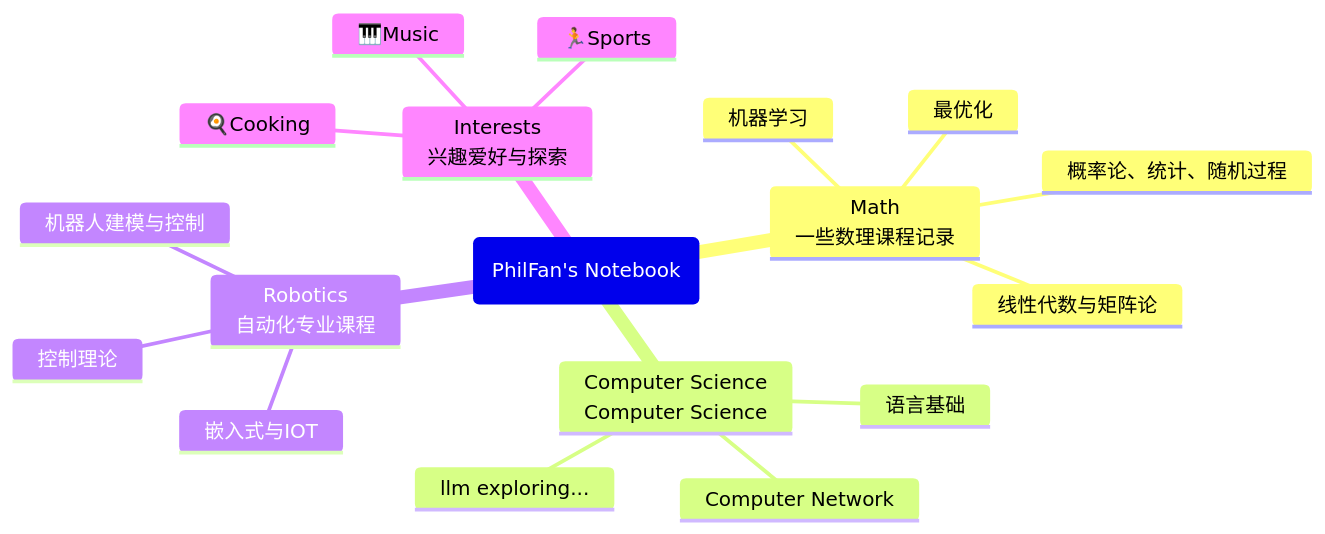
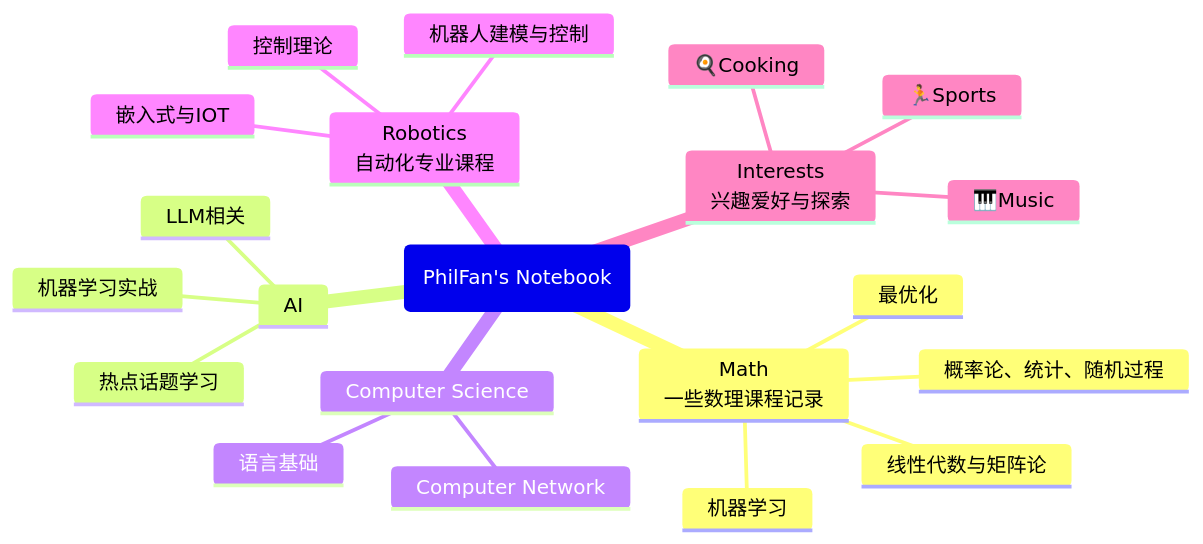
Before and after one commit to Phil-Fan/Phil-Fan.github.io: the diagram in docs/board.md, drawn with Mermaid. The commit also changed other lines of this file and 1 other file, not shown here.

Commit message:
fix: 修改部分文件

````diff
--- a/docs/board.md
+++ b/docs/board.md
@@ -13,21 +13,24 @@
 ```mermaid
 mindmap
     root(PhilFan's Notebook)
         Math<br/> 一些数理课程记录
             线性代数与矩阵论
             概率论、统计、随机过程
             最优化
             机器学习
-        Computer Science<br/>Computer Science
+        AI<br/> 
+            热点话题学习
+            LLM相关
+            机器学习实战
+        Computer Science<br/>
             语言基础
-            llm exploring...
             Computer Network
         Robotics<br/>自动化专业课程
             控制理论
             嵌入式与IOT
             机器人建模与控制
         Interests<br/> 兴趣爱好与探索
             🎹Music
             🍳Cooking
             🏃Sports
 ```
````
